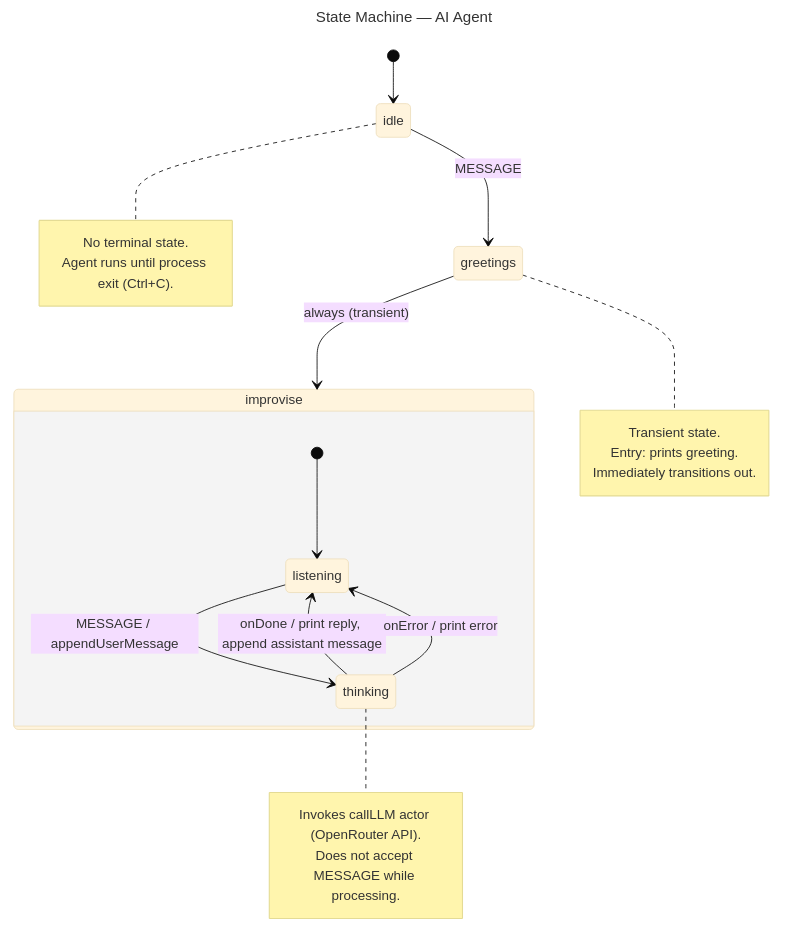
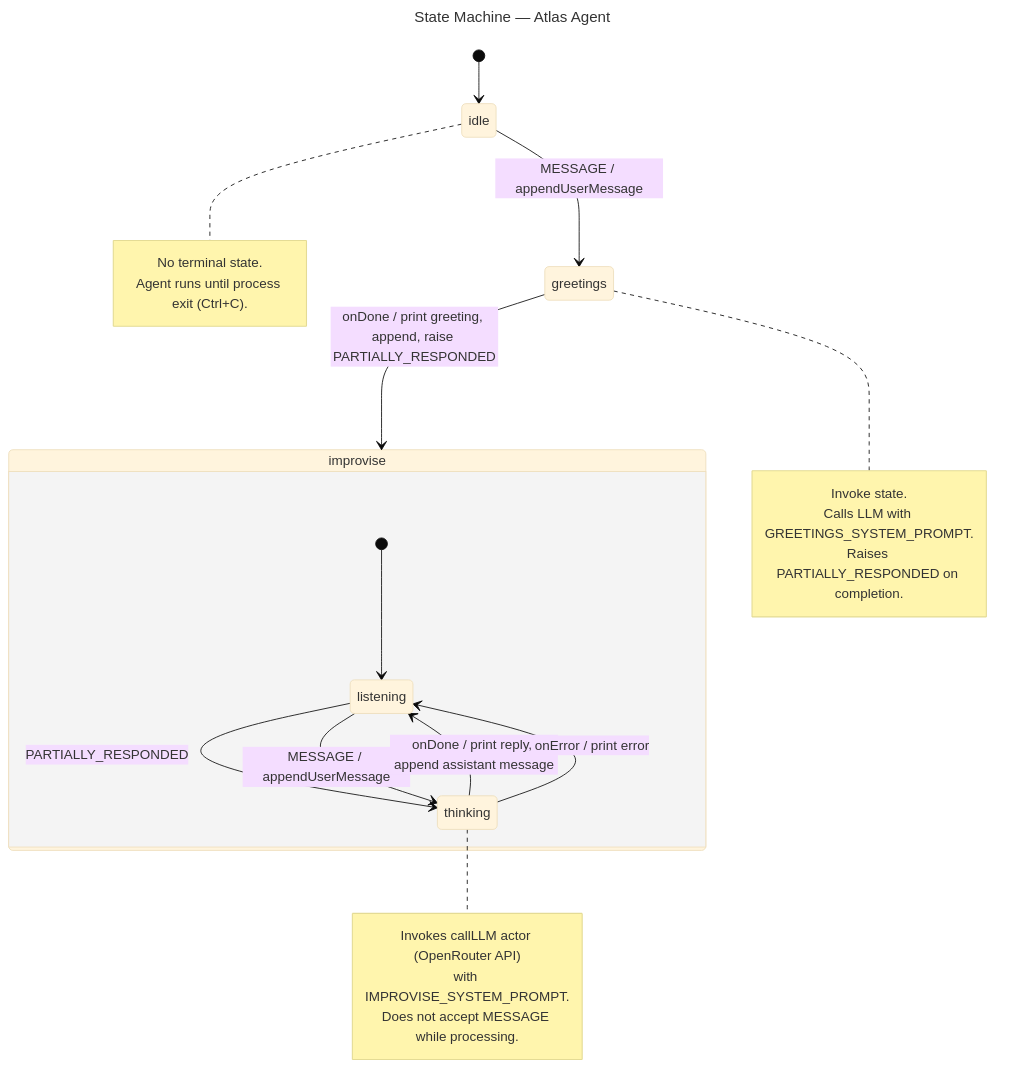
The diagram in docs/architecture/behavioral/state-machines/agent.mmd (EduardoRenani/ai-agent-xstate), drawn with Mermaid (base theme) before and after one commit. The commit also changed 6 other files, not shown here.

First line of the commit message:
docs: update architecture diagrams and README for Atlas identity and PARTIALLY_RESPONDED flow

```diff
--- a/docs/architecture/behavioral/state-machines/agent.mmd
+++ b/docs/architecture/behavioral/state-machines/agent.mmd
@@ -1,40 +1,42 @@
 ---
-title: State Machine — AI Agent
+title: State Machine — Atlas Agent
 ---
 %% Spec: behavioral-doc.md
-%% Modo: inicial
+%% Modo: incremental
 %% Atualizado: 2026-05-14
 %% Fonte: src/machine.ts
 %% Componente C4: machine (c2-container.mmd)
 %% Container C4: system (c2-container.mmd)
-%% Externos que disparam transicoes: OpenRouter API (via invoke in thinking)
+%% Externos que disparam transicoes: OpenRouter API (via invoke in greetings, thinking)
 stateDiagram-v2
     [*] --> idle
 
-    idle --> greetings: MESSAGE
+    idle --> greetings: MESSAGE / appendUserMessage
 
-    greetings --> improvise: always (transient)
+    greetings --> improvise: onDone / print greeting, append, raise PARTIALLY_RESPONDED
 
     state improvise {
         [*] --> listening
 
+        listening --> thinking: PARTIALLY_RESPONDED
         listening --> thinking: MESSAGE / appendUserMessage
         thinking --> listening: onDone / print reply, append assistant message
         thinking --> listening: onError / print error
     }
 
     note right of greetings
-        Transient state.
-        Entry: prints greeting.
-        Immediately transitions out.
+        Invoke state.
+        Calls LLM with GREETINGS_SYSTEM_PROMPT.
+        Raises PARTIALLY_RESPONDED on completion.
     end note
 
     note right of thinking
-        Invokes callLLM actor (OpenRouter API).
+        Invokes callLLM actor (OpenRouter API)
+        with IMPROVISE_SYSTEM_PROMPT.
         Does not accept MESSAGE while processing.
     end note
 
     note right of idle
         No terminal state.
         Agent runs until process exit (Ctrl+C).
     end note
```
